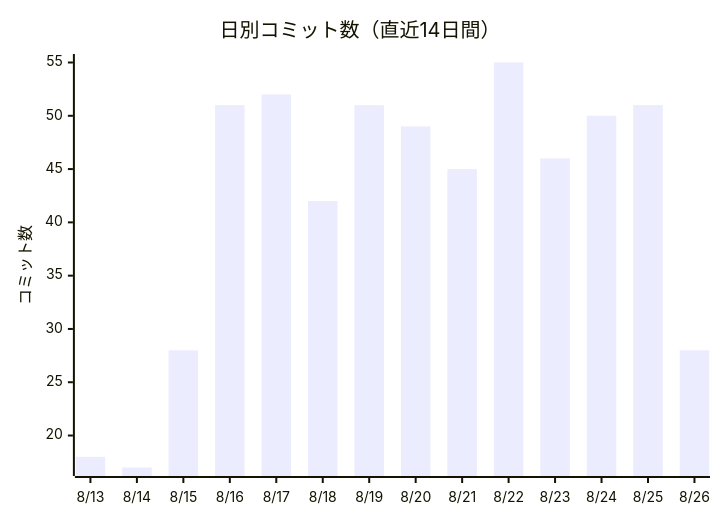
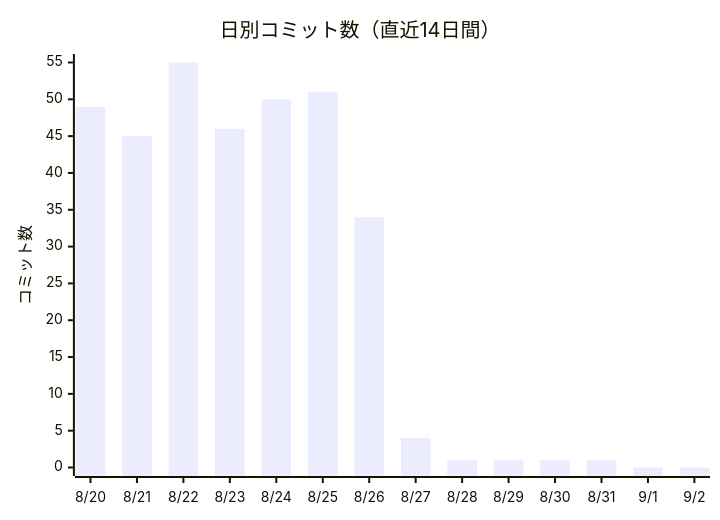
The first of 2 diagrams in docs/進化レポート.md (non-x2/non-x2), drawn with Mermaid before and after one commit. The commit also changed other lines of this file and 4 other files, not shown here.

````diff
--- a/docs/進化レポート.md
+++ b/docs/進化レポート.md
@@ -23,7 +23,7 @@
 ```mermaid
 xychart-beta
     title "日別コミット数（直近14日間）"
-    x-axis ["8/13", "8/14", "8/15", "8/16", "8/17", "8/18", "8/19", "8/20", "8/21", "8/22", "8/23", "8/24", "8/25", "8/26"]
+    x-axis ["8/20", "8/21", "8/22", "8/23", "8/24", "8/25", "8/26", "8/27", "8/28", "8/29", "8/30", "8/31", "9/1", "9/2"]
     y-axis "コミット数"
-    bar [18, 17, 28, 51, 52, 42, 51, 49, 45, 55, 46, 50, 51, 28]
+    bar [49, 45, 55, 46, 50, 51, 34, 4, 1, 1, 1, 1, 0, 0]
 ```
````
